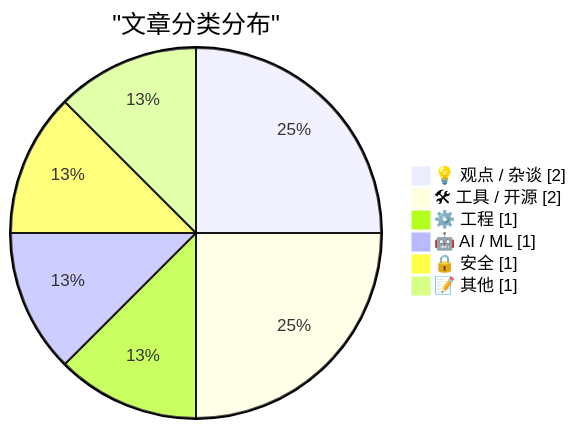
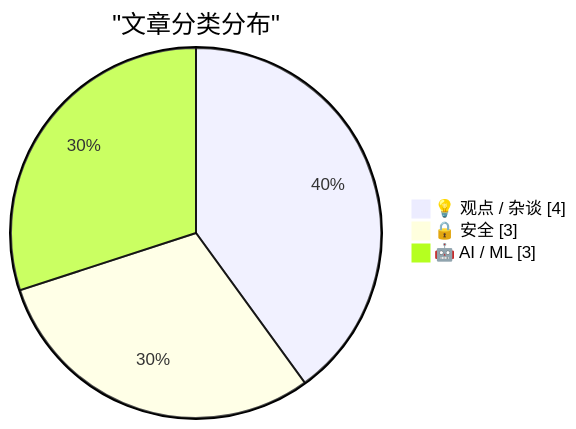
One commit to originem0/SZBlog changed the first of 2 diagrams in content/ai-daily/2026-04-12.md. Above: the diagram before and after it, drawn with Mermaid. The commit also changed other lines of this file, not shown here.

````diff
--- a/content/ai-daily/2026-04-12.md
+++ b/content/ai-daily/2026-04-12.md
@@ -54,10 +48,7 @@
 ```mermaid
 pie showData
     title "文章分类分布"
-    "💡 观点 / 杂谈" : 2
-    "🛠 工具 / 开源" : 2
-    "⚙️ 工程" : 1
-    "🤖 AI / ML" : 1
-    "🔒 安全" : 1
-    "📝 其他" : 1
+    "💡 观点 / 杂谈" : 4
+    "🔒 安全" : 3
+    "🤖 AI / ML" : 3
 ```
````
